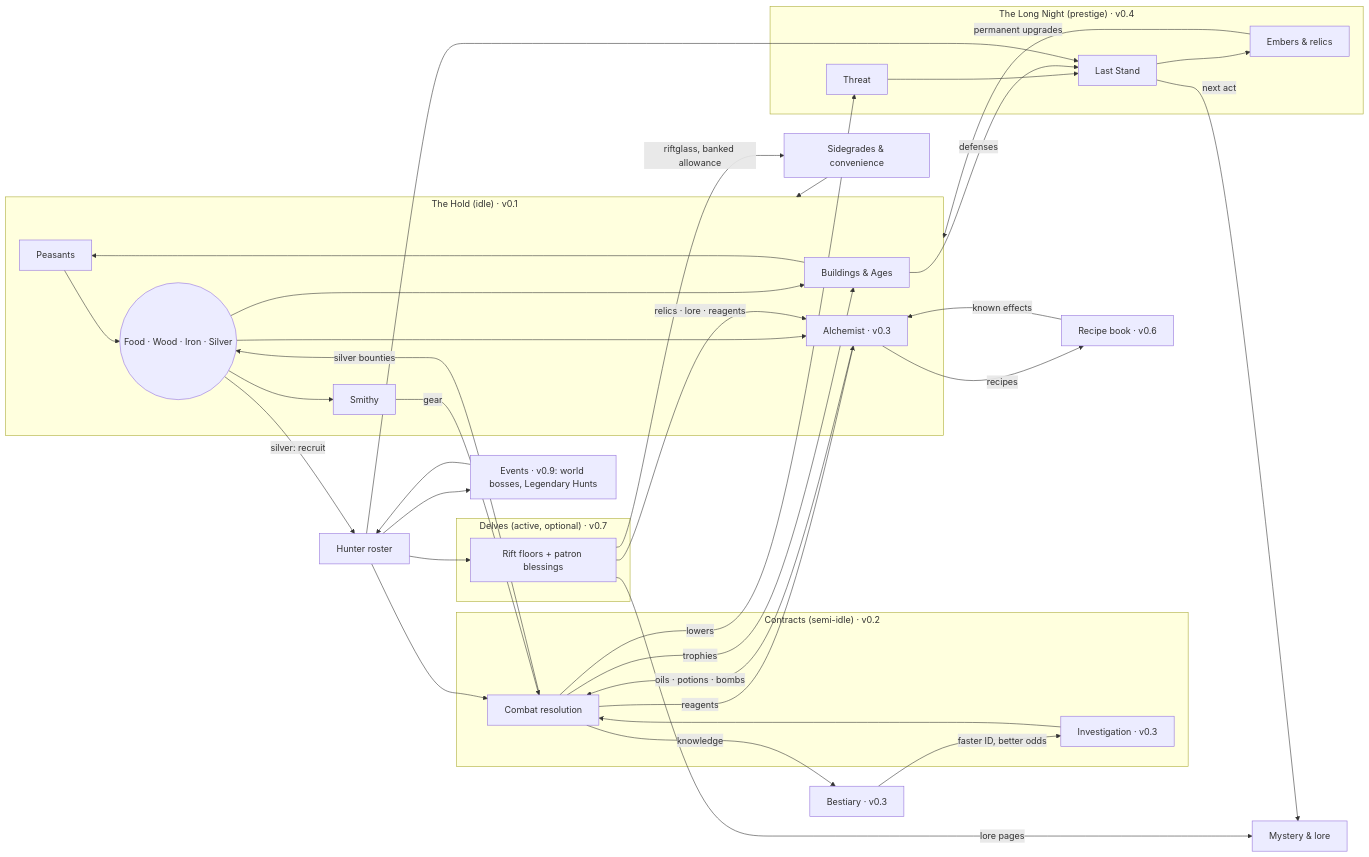
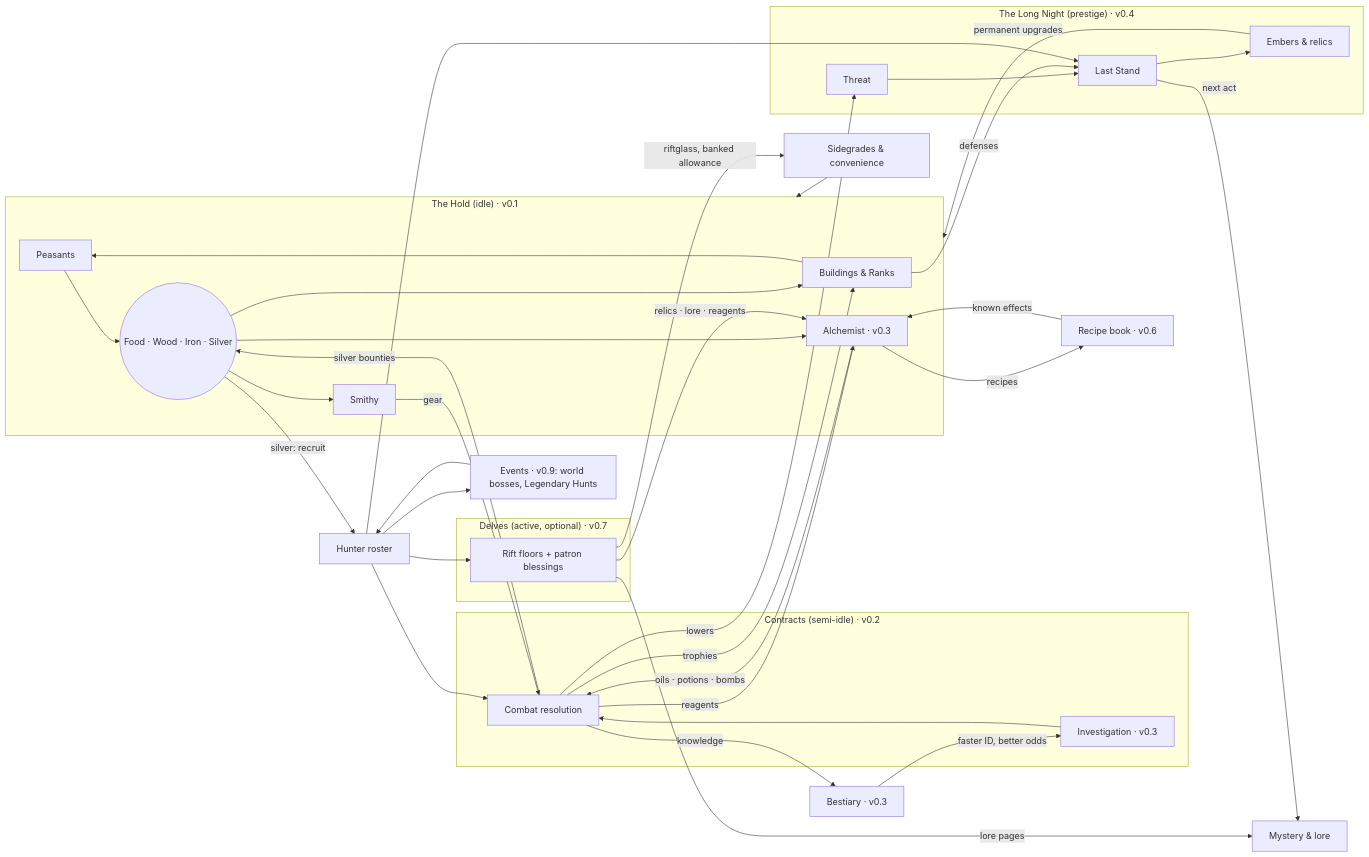
The diagram in docs/gdd.md (jtschick7-cyber/the-last-hold), drawn with Mermaid before and after one commit. The commit also changed other lines of this file and 4 other files, not shown here.

````diff
--- a/docs/gdd.md
+++ b/docs/gdd.md
@@ -195,48 +195,48 @@
 ```mermaid
 flowchart LR
   subgraph HOLD["The Hold (idle) · v0.1"]
     P[Peasants] --> B((Food · Wood · Iron · Silver))
-    B --> BLD[Buildings & Ages]
+    B --> BLD[Buildings & Ranks]
     BLD --> P
     B --> SM[Smithy]
     B --> AL[Alchemist · v0.3]
   end
 
   subgraph CON["Contracts (semi-idle) · v0.2"]
     INV[Investigation · v0.3] --> FIGHT[Combat resolution]
   end
 
   SM -- gear --> FIGHT
   AL -- oils · potions · bombs --> FIGHT
   B -- silver: recruit --> H[Hunter roster]
   H --> FIGHT
   FIGHT -- silver bounties --> B
   FIGHT -- trophies --> BLD
   FIGHT -- reagents --> AL
   FIGHT -- knowledge --> BEST[Bestiary · v0.3]
   BEST -- faster ID, better odds --> INV
   AL -- recipes --> RB[Recipe book · v0.6]
   RB -- known effects --> AL
 
   subgraph DEL["Delves (active, optional) · v0.7"]
     RIFT[Rift floors + patron blessings]
   end
   H --> RIFT
   RIFT -- riftglass, banked allowance --> SIDE[Sidegrades & convenience]
   RIFT -- relics · lore · reagents --> AL
   SIDE --> HOLD
 
   subgraph NIGHT["The Long Night (prestige) · v0.4"]
     THR[Threat] --> LS[Last Stand]
     LS --> EMB[Embers & relics]
   end
   FIGHT -- lowers --> THR
   BLD -- defenses --> LS
   H --> LS
   EMB -- permanent upgrades --> HOLD
   LS -- next act --> LORE[Mystery & lore]
   RIFT -- lore pages --> LORE
 
   EV["Events · v0.9: world bosses, Legendary Hunts"] --> H
   H --> EV
 ```
````
